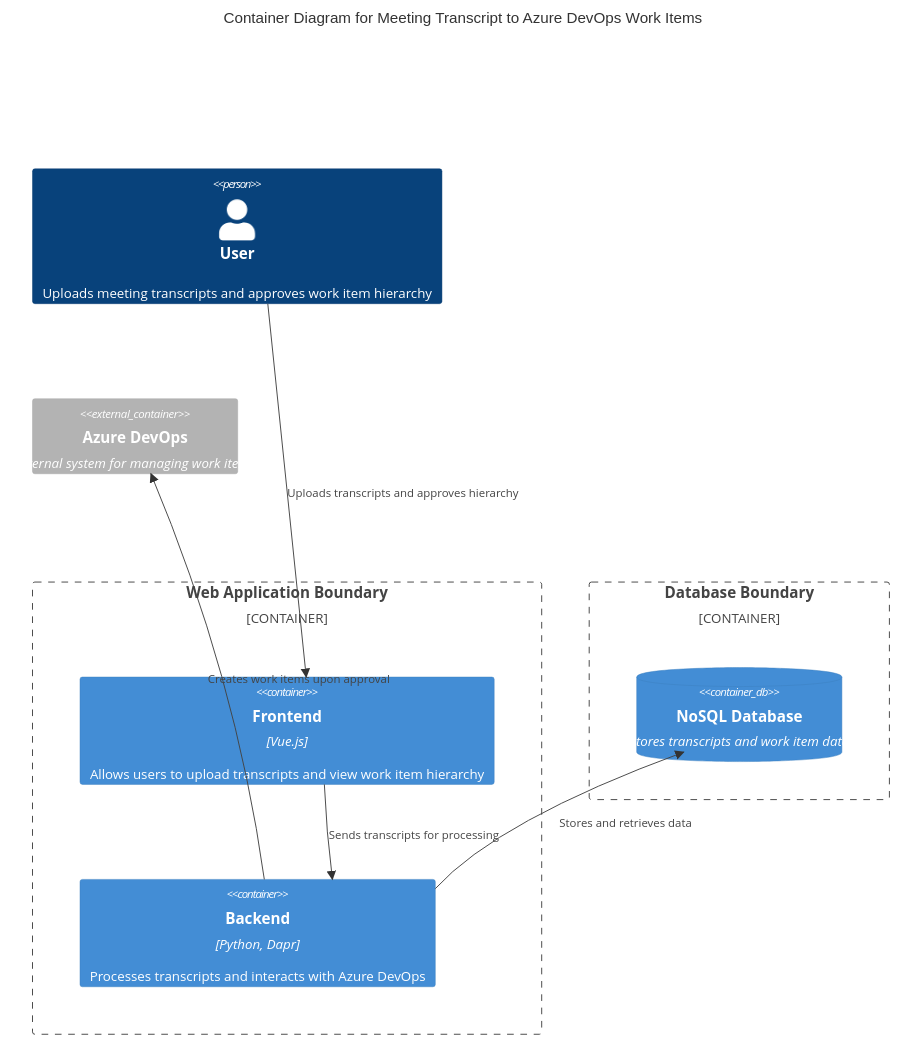
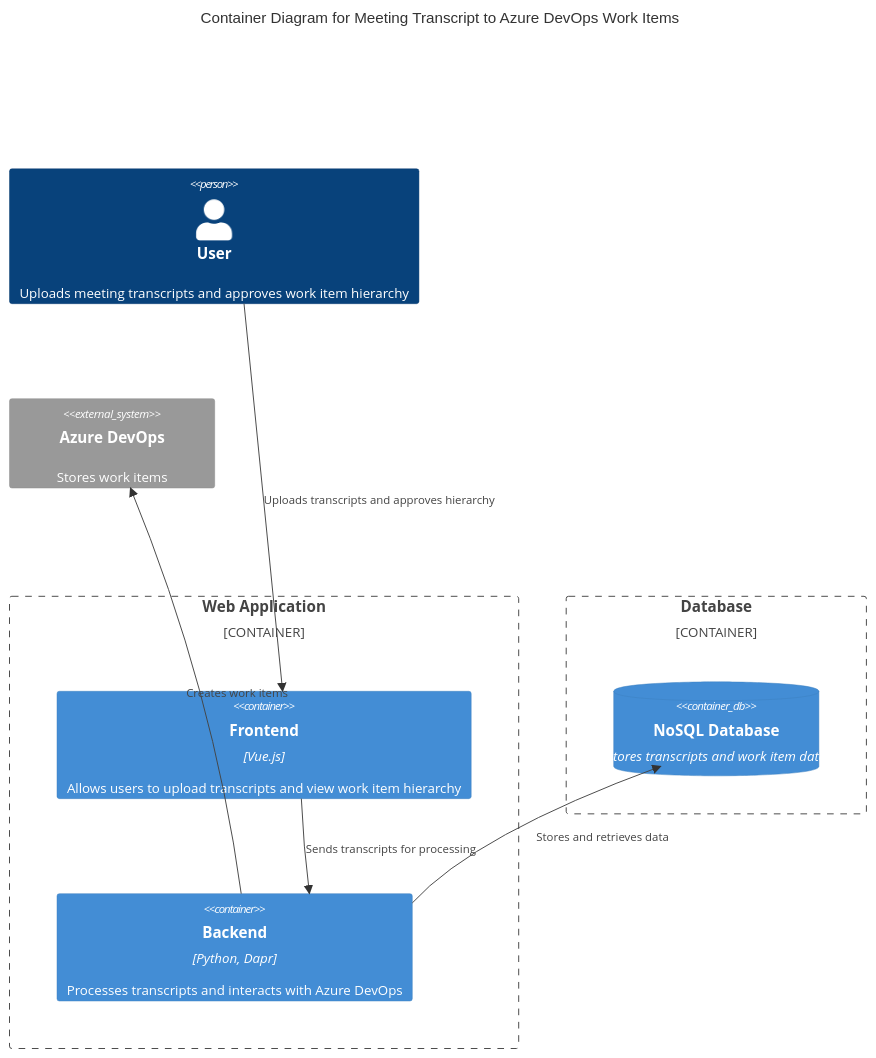
One commit to stiproot/langchain-lab changed the diagram in graphs/codegen/.output/c4-container-diag.md. Above: the diagram before and after it, drawn with Mermaid. The commit also changed other lines of this file and 2 other files, not shown here.

Commit message:
chore: cleaning up codegen workflow.

````diff
--- a/graphs/codegen/.output/c4-container-diag.md
+++ b/graphs/codegen/.output/c4-container-diag.md
@@ -1,22 +1,22 @@
 ```mermaid
 C4Container
-title Container Diagram for Meeting Transcript to Azure DevOps Work Items
+  title Container Diagram for Meeting Transcript to Azure DevOps Work Items
 
-Person(user, "User", "Uploads meeting transcripts and approves work item hierarchy")
+  Person(user, "User", "Uploads meeting transcripts and approves work item hierarchy")
 
-Container_Boundary(webAppBoundary, "Web Application Boundary") {
+  Container_Boundary(webAppBoundary, "Web Application") {
     Container(frontend, "Frontend", "Vue.js", "Allows users to upload transcripts and view work item hierarchy")
     Container(backend, "Backend", "Python, Dapr", "Processes transcripts and interacts with Azure DevOps")
-}
+  }
 
-Container_Boundary(databaseBoundary, "Database Boundary") {
-    ContainerDb(database, "NoSQL Database", "Stores transcripts and work item data")
-}
+  Container_Boundary(databaseBoundary, "Database") {
+    ContainerDb(noSqlDb, "NoSQL Database", "Stores transcripts and work item data")
+  }
 
-Container_Ext(azureDevOps, "Azure DevOps", "External system for managing work items")
+  System_Ext(azureDevOps, "Azure DevOps", "Stores work items")
 
-Rel(user, frontend, "Uploads transcripts and approves hierarchy")
-Rel(frontend, backend, "Sends transcripts for processing")
-Rel(backend, database, "Stores and retrieves data")
-Rel(backend, azureDevOps, "Creates work items upon approval")
+  Rel(user, frontend, "Uploads transcripts and approves hierarchy")
+  Rel(frontend, backend, "Sends transcripts for processing")
+  Rel(backend, noSqlDb, "Stores and retrieves data")
+  Rel(backend, azureDevOps, "Creates work items")
 ```
````
